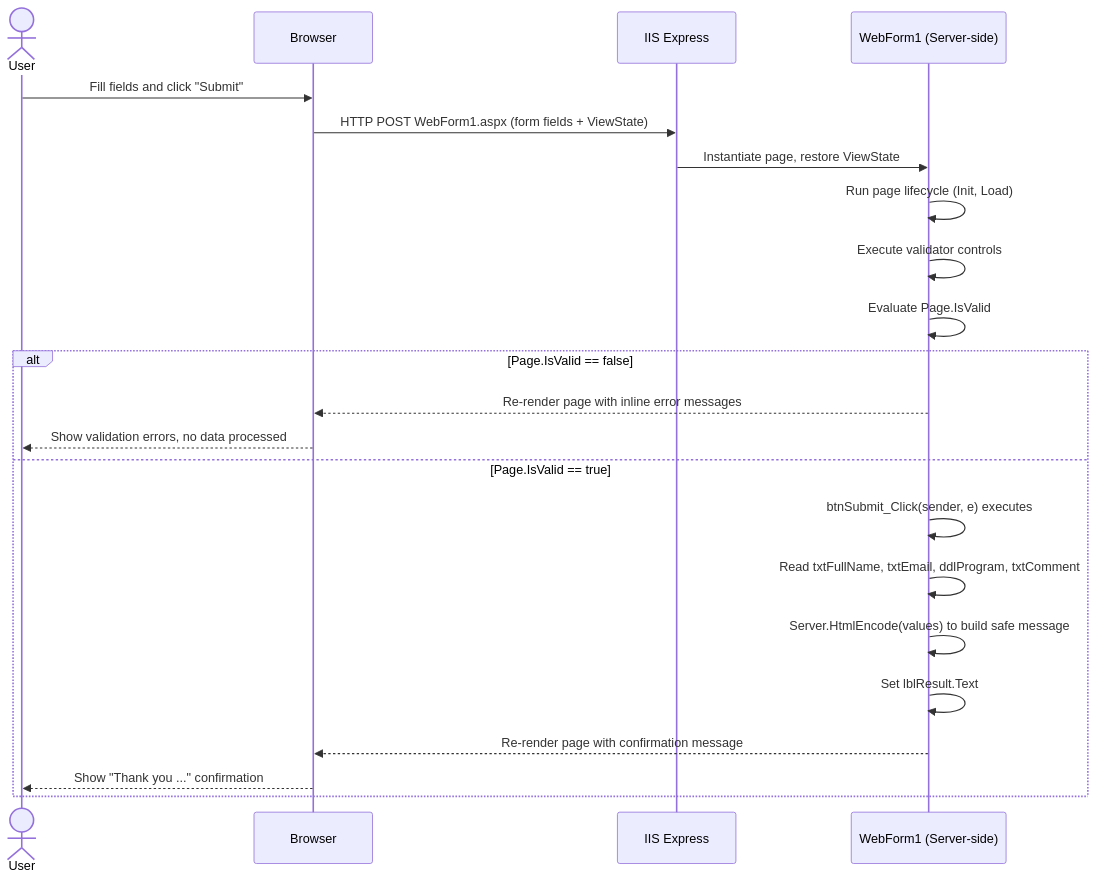
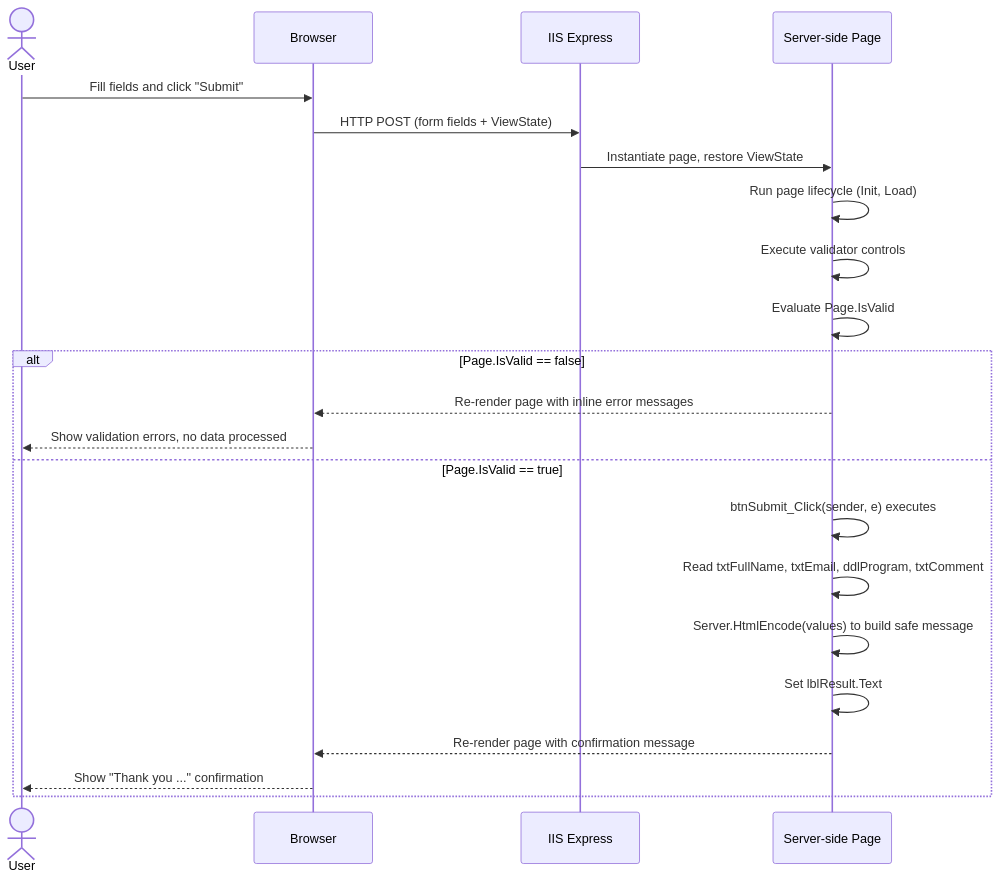
Before and after one commit to Lagmouchyoussef/aspnet-webforms-contact-form: the fourth of 5 diagrams in README.md, drawn with Mermaid. The commit also changed other lines of this file and 6 other files, not shown here.

````diff
--- a/README.md
+++ b/README.md
@@ -207,26 +183,26 @@
 ```mermaid
 sequenceDiagram
     actor User
     participant Browser
     participant IIS as IIS Express
-    participant Page as WebForm1 (Server-side)
+    participant Page as Server-side Page
 
     User->>Browser: Fill fields and click "Submit"
-    Browser->>IIS: HTTP POST WebForm1.aspx (form fields + ViewState)
+    Browser->>IIS: HTTP POST (form fields + ViewState)
     IIS->>Page: Instantiate page, restore ViewState
     Page->>Page: Run page lifecycle (Init, Load)
     Page->>Page: Execute validator controls
     Page->>Page: Evaluate Page.IsValid
 
     alt Page.IsValid == false
         Page-->>Browser: Re-render page with inline error messages
         Browser-->>User: Show validation errors, no data processed
     else Page.IsValid == true
         Page->>Page: btnSubmit_Click(sender, e) executes
         Page->>Page: Read txtFullName, txtEmail, ddlProgram, txtComment
         Page->>Page: Server.HtmlEncode(values) to build safe message
         Page->>Page: Set lblResult.Text
         Page-->>Browser: Re-render page with confirmation message
         Browser-->>User: Show "Thank you ..." confirmation
     end
 ```
````
